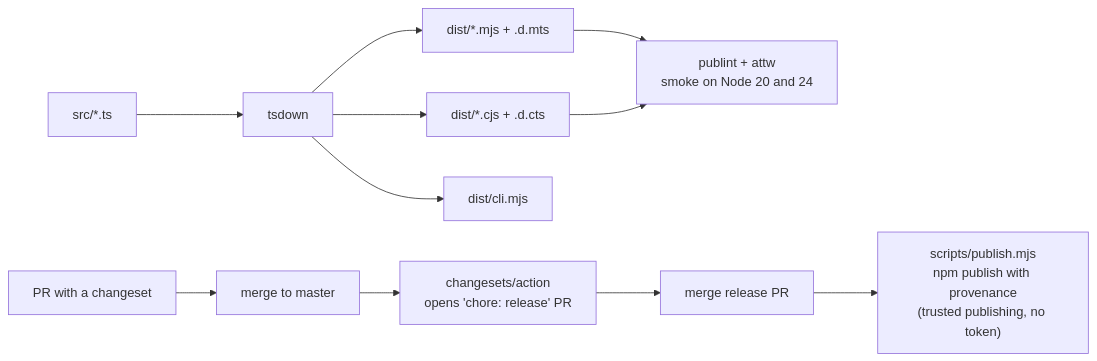
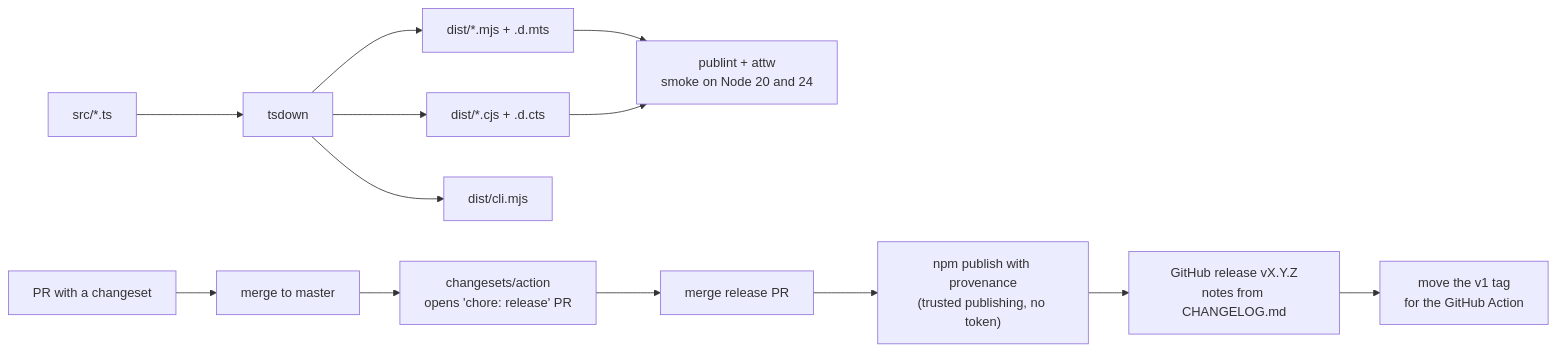
Before and after one commit to maitrungduc1410/node-scp-async: the eighth of 8 diagrams in ARCHITECTURE.md, drawn with Mermaid. The commit also changed other lines of this file and 14 other files, not shown here.

````diff
--- a/ARCHITECTURE.md
+++ b/ARCHITECTURE.md
@@ -316,12 +317,14 @@
 ```mermaid
 flowchart LR
   src["src/*.ts"] --> tsdown["tsdown"]
   tsdown --> esm["dist/*.mjs + .d.mts"]
   tsdown --> cjs["dist/*.cjs + .d.cts"]
   tsdown --> bin["dist/cli.mjs"]
   esm & cjs --> checks["publint + attw<br/>smoke on Node 20 and 24"]
   pr["PR with a changeset"] --> merge["merge to master"]
   merge --> cs["changesets/action<br/>opens 'chore: release' PR"]
   cs --> merge2["merge release PR"]
-  merge2 --> publish["scripts/publish.mjs<br/>npm publish with provenance<br/>(trusted publishing, no token)"]
+  merge2 --> publish["npm publish with provenance<br/>(trusted publishing, no token)"]
+  publish --> ghr["GitHub release vX.Y.Z<br/>notes from CHANGELOG.md"]
+  ghr --> major["move the v1 tag<br/>for the GitHub Action"]
 ```
````
